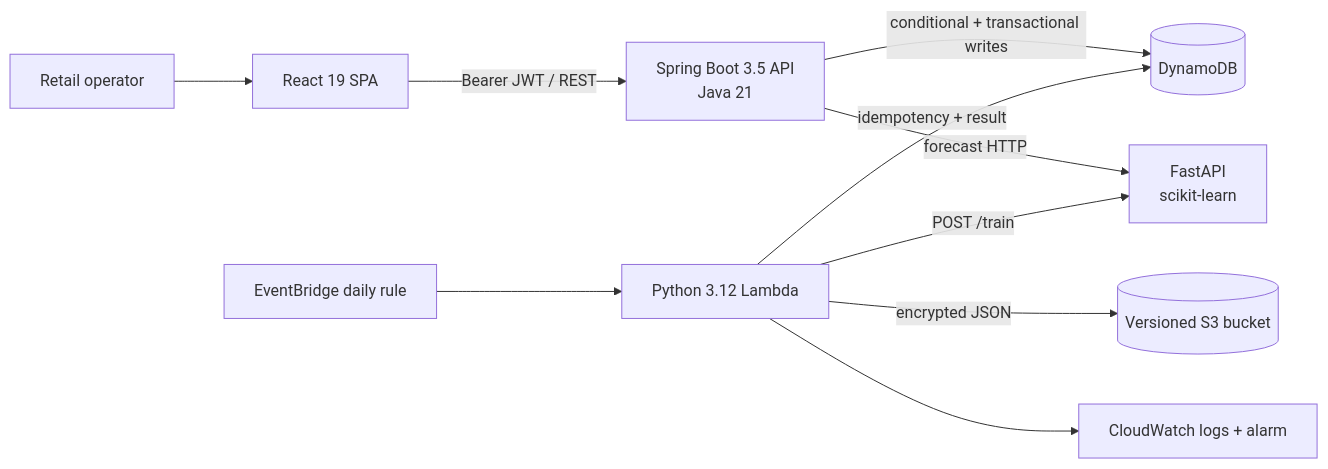
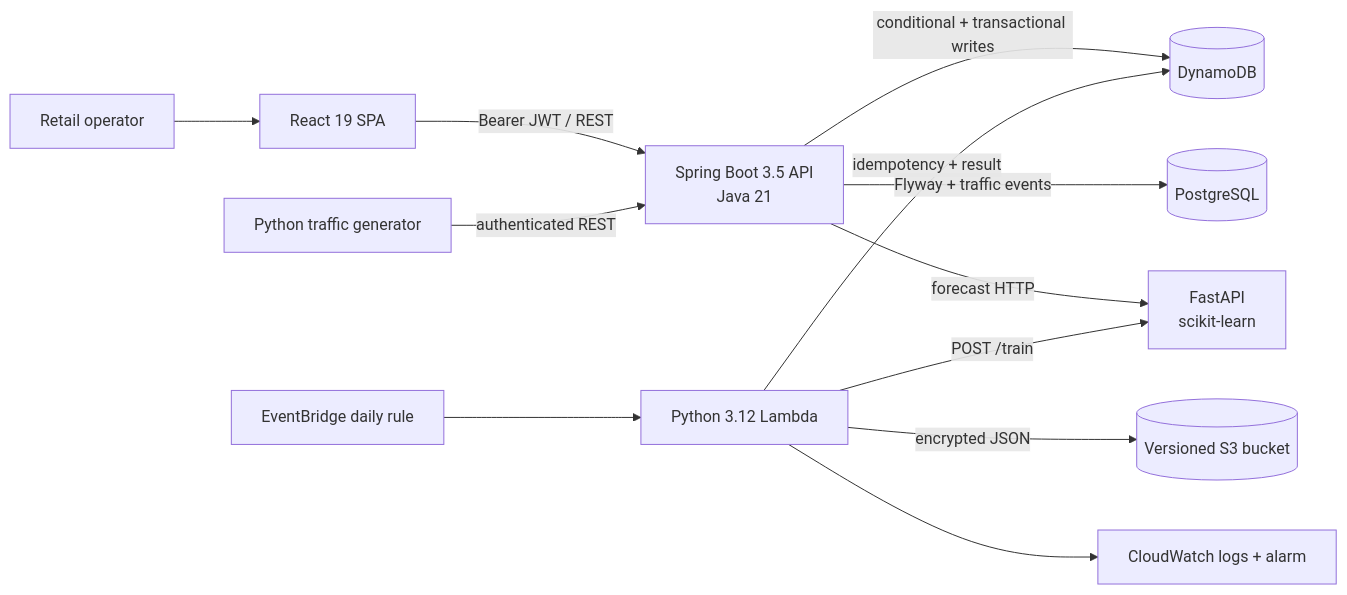
The diagram in README.md (MrunaliVaidya98/trendify-ai-smart-retail-platform), drawn with Mermaid before and after one commit. The commit also changed other lines of this file and 33 other files, not shown here.

````diff
--- a/README.md
+++ b/README.md
@@ -35,12 +35,14 @@
 ```mermaid
 flowchart LR
   U[Retail operator] --> SPA[React 19 SPA]
   SPA -->|Bearer JWT / REST| API[Spring Boot 3.5 API<br/>Java 21]
   API -->|conditional + transactional writes| DDB[(DynamoDB)]
+  API -->|Flyway + traffic events| PG[(PostgreSQL)]
+  SIM[Python traffic generator] -->|authenticated REST| API
   API -->|forecast HTTP| ML[FastAPI<br/>scikit-learn]
   EB[EventBridge daily rule] --> L[Python 3.12 Lambda]
   L -->|POST /train| ML
   L -->|idempotency + result| DDB
   L -->|encrypted JSON| S3[(Versioned S3 bucket)]
   L --> CW[CloudWatch logs + alarm]
 ```
````
